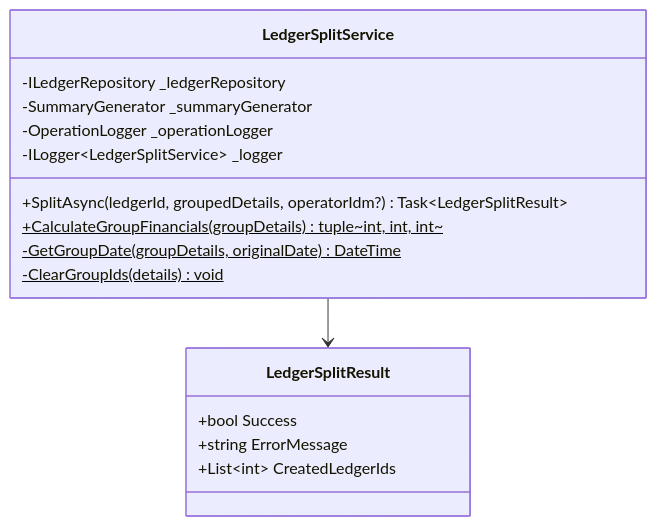
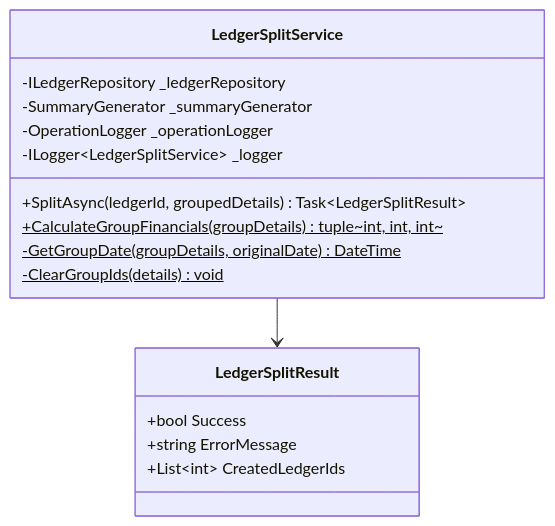
Before and after one commit to kuwayamamasayuki/ICCardManager: diagram 31 of 53 in ICCardManager/docs/design/05_クラス設計書.md, drawn with Mermaid. The commit also changed other lines of this file and 16 other files, not shown here.

````diff
--- a/ICCardManager/docs/design/05_クラス設計書.md
+++ b/ICCardManager/docs/design/05_クラス設計書.md
@@ -2381,21 +2381,21 @@
 ```mermaid
 classDiagram
     class LedgerSplitService {
         -ILedgerRepository _ledgerRepository
         -SummaryGenerator _summaryGenerator
         -OperationLogger _operationLogger
         -ILogger~LedgerSplitService~ _logger
-        +SplitAsync(ledgerId, groupedDetails, operatorIdm?) Task~LedgerSplitResult~
+        +SplitAsync(ledgerId, groupedDetails) Task~LedgerSplitResult~
         +CalculateGroupFinancials(groupDetails)$ tuple~int, int, int~
         -GetGroupDate(groupDetails, originalDate)$ DateTime
         -ClearGroupIds(details)$ void
     }
 
     class LedgerSplitResult {
         +bool Success
         +string ErrorMessage
         +List~int~ CreatedLedgerIds
     }
 
     LedgerSplitService --> LedgerSplitResult
 ```
````
